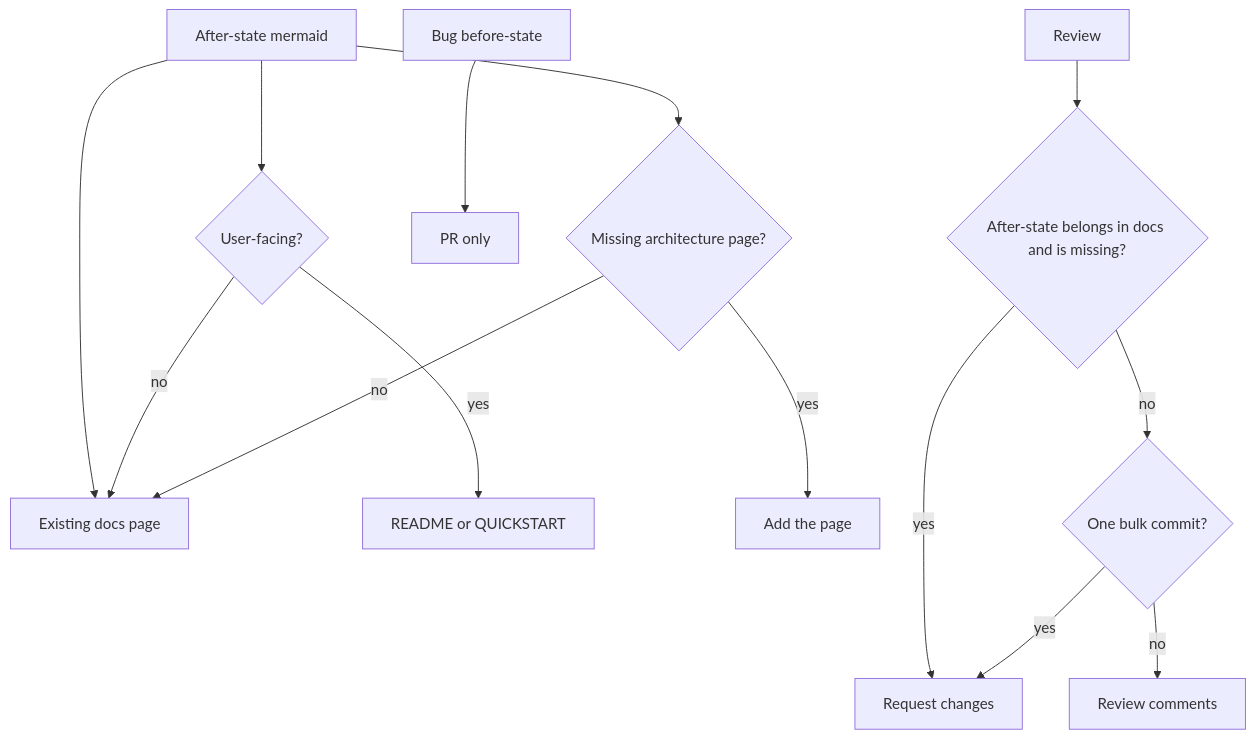
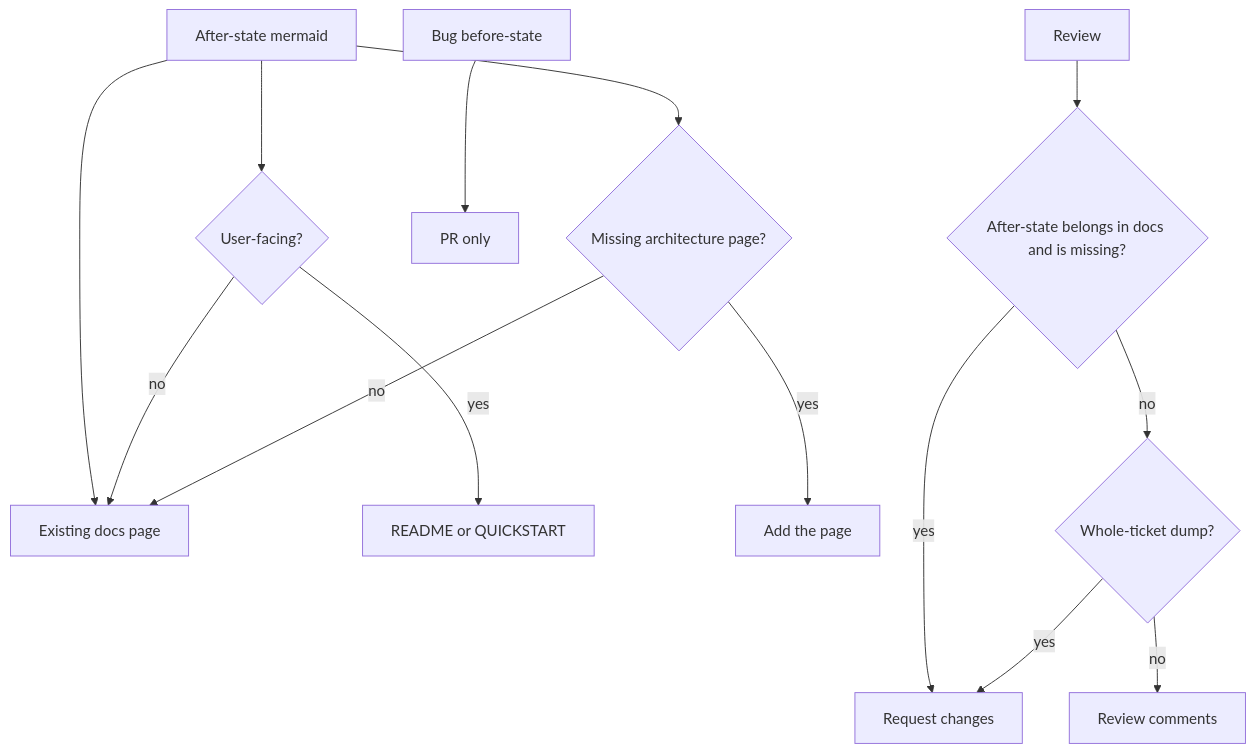
One commit to Kripu77/software-factory changed the diagram in AGENTS.md. Above: the diagram before and after it, drawn with Mermaid.

Commit message:
Name the shipping mermaid diamond as a whole-ticket dump.

````diff
--- a/AGENTS.md
+++ b/AGENTS.md
@@ -38,16 +38,16 @@
 ```mermaid
 flowchart TD
   after[After-state mermaid] --> page[Existing docs page]
   after --> face{User-facing?}
   face -->|yes| readme[README or QUICKSTART]
   face -->|no| page
   after --> arch{Missing architecture page?}
   arch -->|yes| addPage[Add the page]
   arch -->|no| page
   before[Bug before-state] --> pr[PR only]
   review[Review] --> gap{After-state belongs in docs and is missing?}
   gap -->|yes| changes[Request changes]
-  gap -->|no| bulk{One bulk commit?}
+  gap -->|no| bulk{Whole-ticket dump?}
   bulk -->|yes| changes
   bulk -->|no| comments[Review comments]
 ```
````
